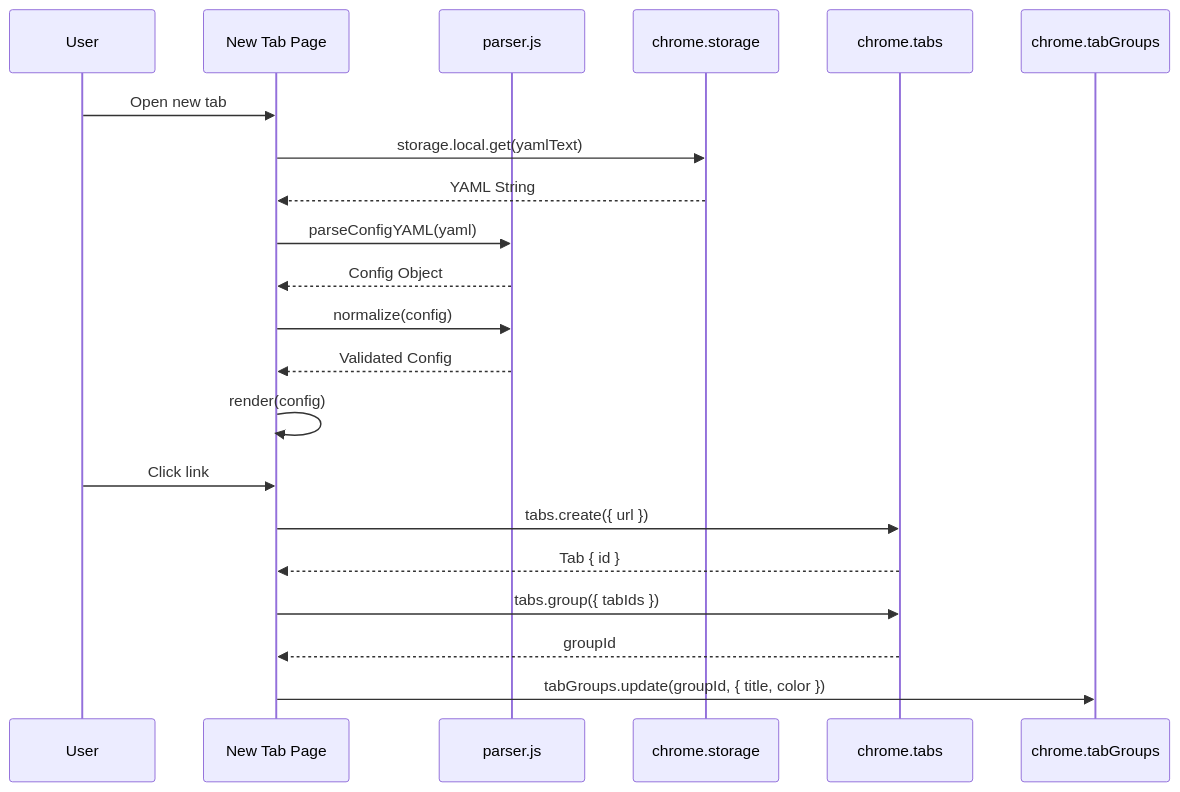
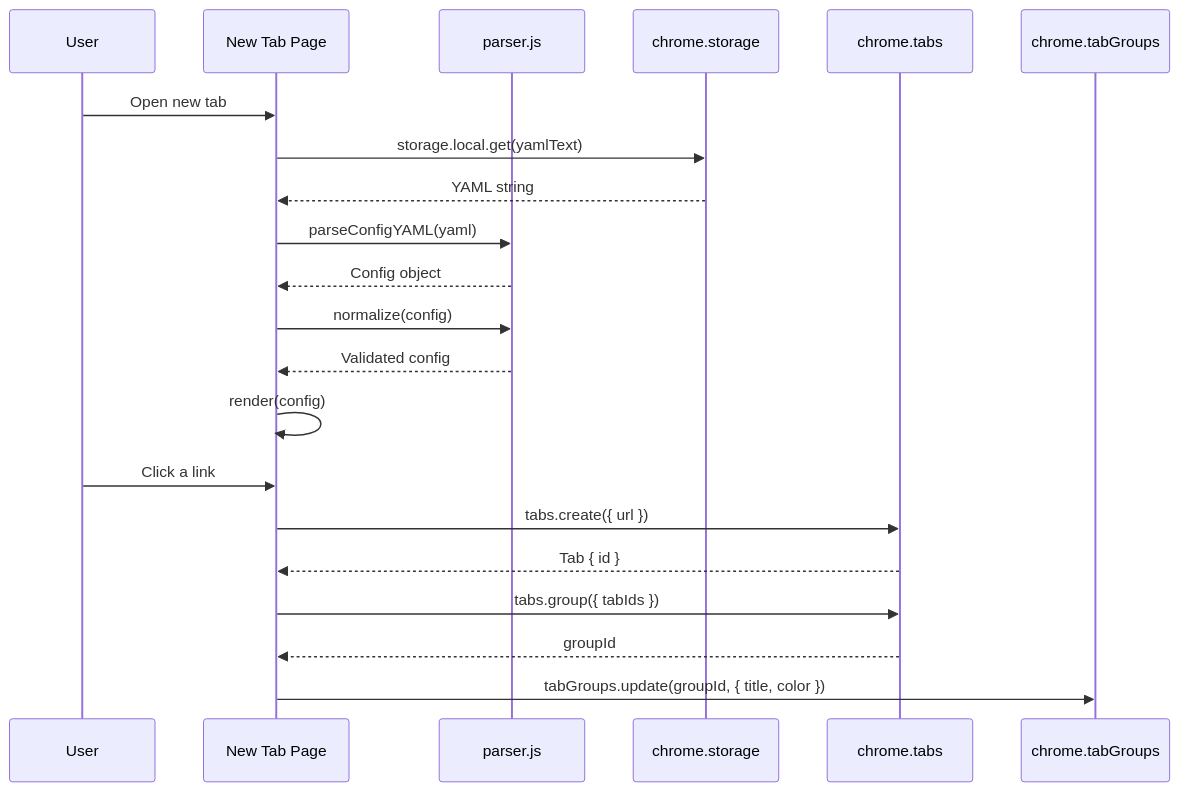
Before and after one commit to 64x-lunicorn/LinkDeck: the third of 3 diagrams in README.md, drawn with Mermaid. The commit also changed other lines of this file and 2 other files, not shown here.

````diff
--- a/README.md
+++ b/README.md
@@ -77,25 +258,25 @@
 ```mermaid
 sequenceDiagram
     participant U as User
     participant NTP as New Tab Page
     participant P as parser.js
     participant CS as chrome.storage
     participant CT as chrome.tabs
     participant CTG as chrome.tabGroups
 
     U->>NTP: Open new tab
     NTP->>CS: storage.local.get(yamlText)
-    CS-->>NTP: YAML String
+    CS-->>NTP: YAML string
     NTP->>P: parseConfigYAML(yaml)
-    P-->>NTP: Config Object
+    P-->>NTP: Config object
     NTP->>P: normalize(config)
-    P-->>NTP: Validated Config
+    P-->>NTP: Validated config
     NTP->>NTP: render(config)
 
-    U->>NTP: Click link
+    U->>NTP: Click a link
     NTP->>CT: tabs.create({ url })
     CT-->>NTP: Tab { id }
     NTP->>CT: tabs.group({ tabIds })
     CT-->>NTP: groupId
     NTP->>CTG: tabGroups.update(groupId, { title, color })
 ```
````
